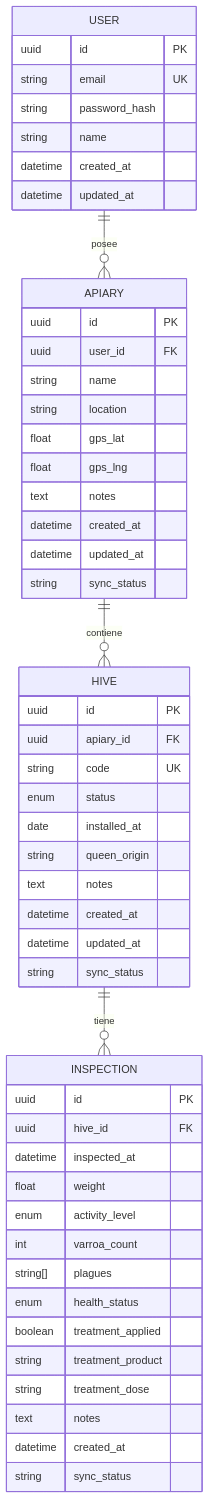
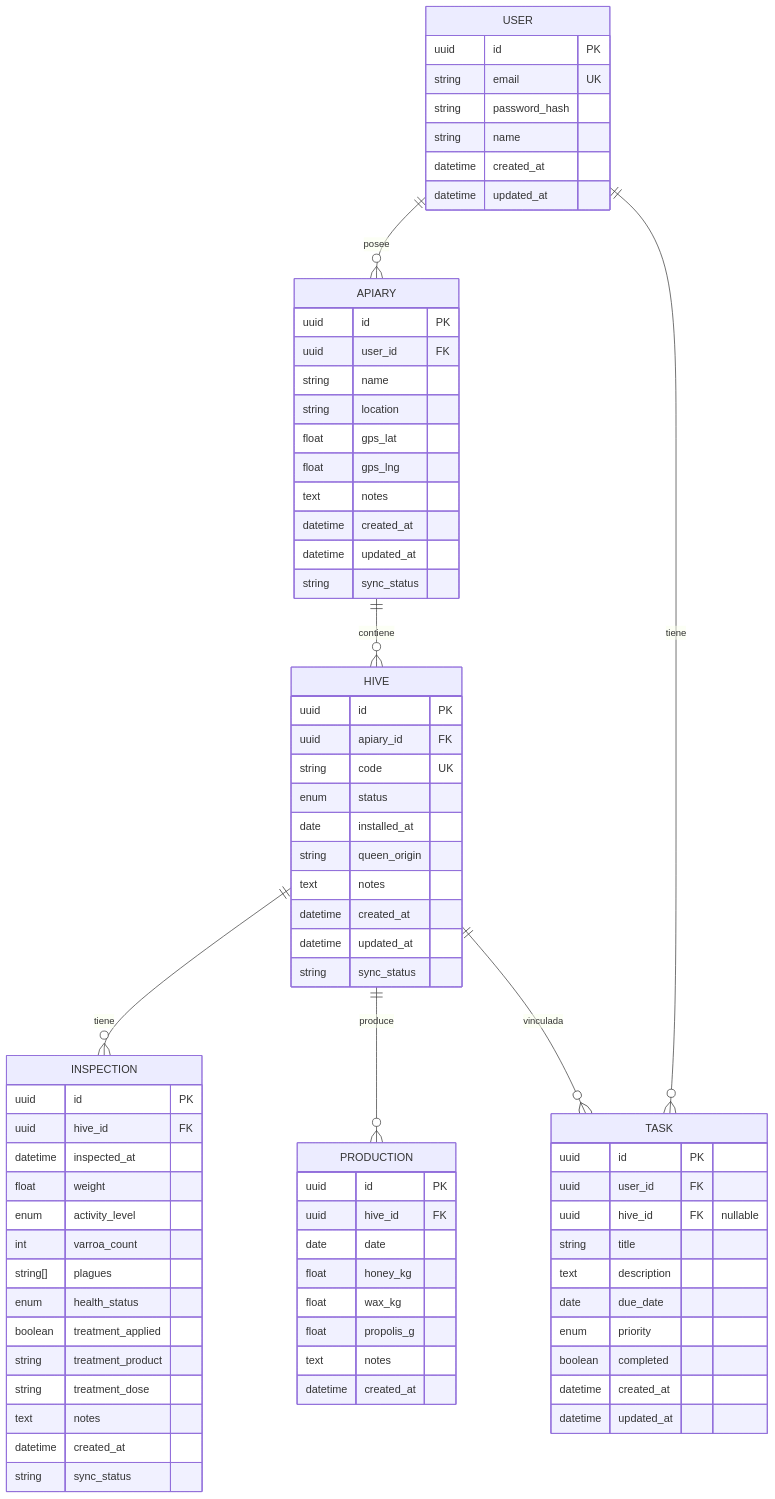
Before and after one commit to CarlosSJM/COLMENAPP: the third of 3 diagrams in README.md, drawn with Mermaid. The commit also changed other lines of this file, not shown here.

````diff
--- a/README.md
+++ b/README.md
@@ -388,7 +434,34 @@
         string sync_status
     }
 
+    PRODUCTION {
+        uuid id PK
+        uuid hive_id FK
+        date date
+        float honey_kg
+        float wax_kg
+        float propolis_g
+        text notes
+        datetime created_at
+    }
+
+    TASK {
+        uuid id PK
+        uuid user_id FK
+        uuid hive_id FK "nullable"
+        string title
+        text description
+        date due_date
+        enum priority
+        boolean completed
+        datetime created_at
+        datetime updated_at
+    }
+
     USER ||--o{ APIARY : "posee"
+    USER ||--o{ TASK : "tiene"
     APIARY ||--o{ HIVE : "contiene"
     HIVE ||--o{ INSPECTION : "tiene"
+    HIVE ||--o{ PRODUCTION : "produce"
+    HIVE ||--o{ TASK : "vinculada"
 ```
````
